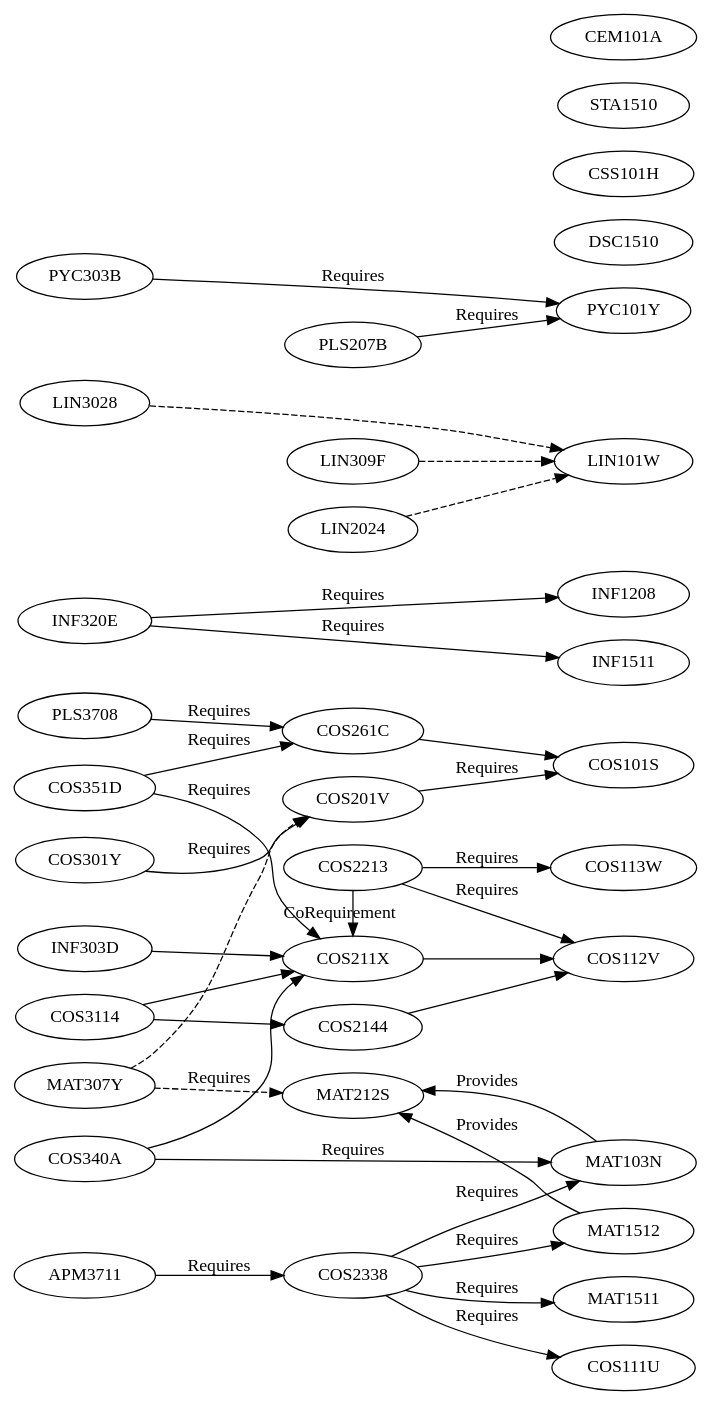
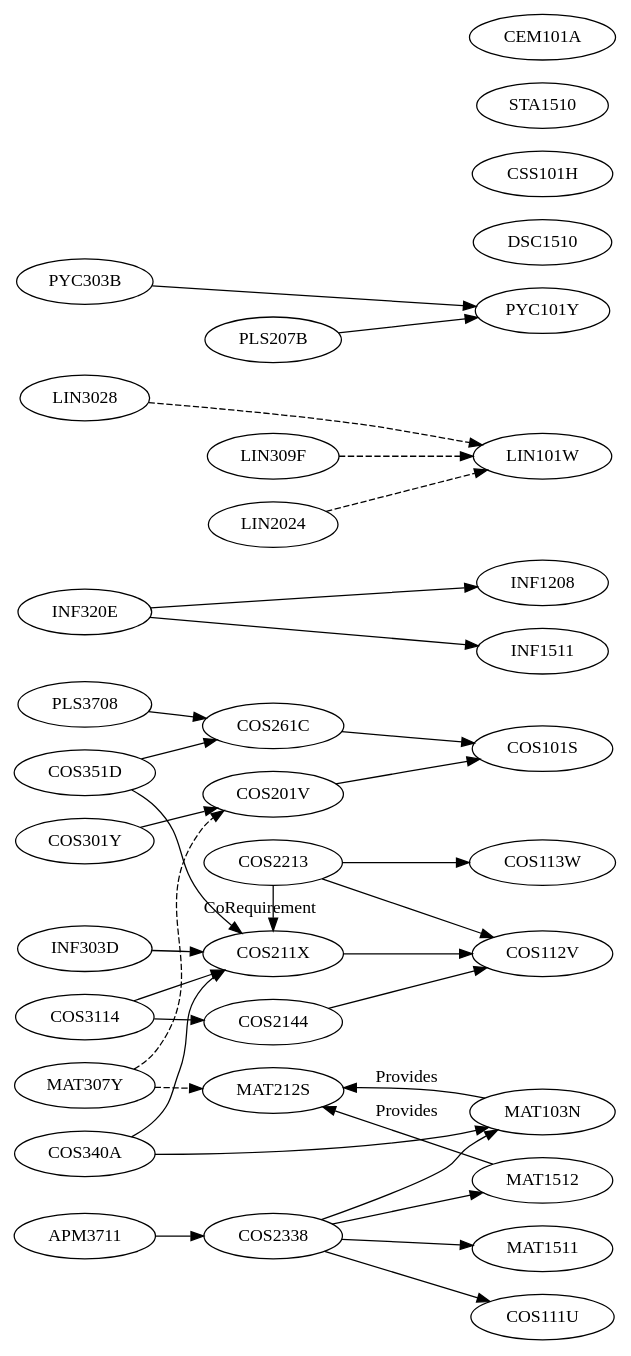
One commit to apauley/unisa-module-graph changed the diagram in ComputationalIntelligence.dot. Above: the diagram before and after it, drawn with Graphviz.

Commit message:
Remove Require labels

```diff
--- a/ComputationalIntelligence.dot
+++ b/ComputationalIntelligence.dot
@@ -1,47 +1,47 @@
 digraph ComputationalIntelligence {
 	rankdir=LR
 
 	{rank=same; COS301Y INF320E COS351D PLS3708}
 	{rank=same; COS3114 APM3711 MAT307Y COS340A}
 	{rank=same; INF303D LIN3028 PYC303B}
-  
+
 	{rank=same; COS201V COS211X COS261C COS2144}
 	{rank=same; COS2213 COS2338 MAT212S}
 	{rank=same; LIN309F LIN2024 PLS207B}
 
 	{rank=same; COS101S COS112V COS113W INF1208 MAT1512 MAT1511 MAT103N PYC101Y COS111U LIN101W INF1511}
 	{rank=same; DSC1510 CSS101H STA1510 CEM101A}
 	{rank=max; DSC1510 COS101S}
 
-	COS301Y -> {COS201V} [label=Requires]
-	INF320E -> {INF1208 INF1511} [label=Requires]
-	COS351D -> {COS211X COS261C} [label=Requires]
-	PLS3708 -> {COS261C} [label=Requires]
-	PYC303B -> {PYC101Y} [label=Requires]
+	COS301Y -> {COS201V}
+	INF320E -> {INF1208 INF1511}
+	COS351D -> {COS211X COS261C}
+	PLS3708 -> {COS261C}
+	PYC303B -> {PYC101Y}
 
 	COS3114 -> {COS211X COS2144}
-	APM3711 -> {COS2338} [label=Requires]
+	APM3711 -> {COS2338}
 	MAT307Y -> {MAT212S COS201V} [style=dashed]
 	INF303D -> {COS211X}
 	LIN3028 -> {LIN101W} [style=dashed]
-	COS340A -> {COS211X MAT103N} [label=Requires]
+	COS340A -> {COS211X MAT103N}
 
 
-	COS201V -> {COS101S} [label=Requires]
+	COS201V -> {COS101S}
 	COS211X -> {COS112V}
 	COS261C -> {COS101S}
 	COS2144 -> {COS112V}
 
 	{rank=same; COS2213 COS211X}
-	COS2213 -> {COS112V COS113W} [label=Requires]
+	COS2213 -> {COS112V COS113W}
 	COS2213 -> {COS211X} [label=CoRequirement]
-	COS2338 -> {COS111U MAT103N MAT1511 MAT1512} [label=Requires]
+	COS2338 -> {COS111U MAT103N MAT1511 MAT1512}
 	MAT212S
 	LIN309F -> {LIN101W} [style=dashed]
 	LIN2024 -> {LIN101W} [style=dashed]
-	PLS207B -> {PYC101Y} [label=Requires]
+	PLS207B -> {PYC101Y}
 
 
 	MAT103N -> {MAT212S} [label=Provides]
 	MAT1512 -> {MAT212S} [label=Provides]
 }
```
